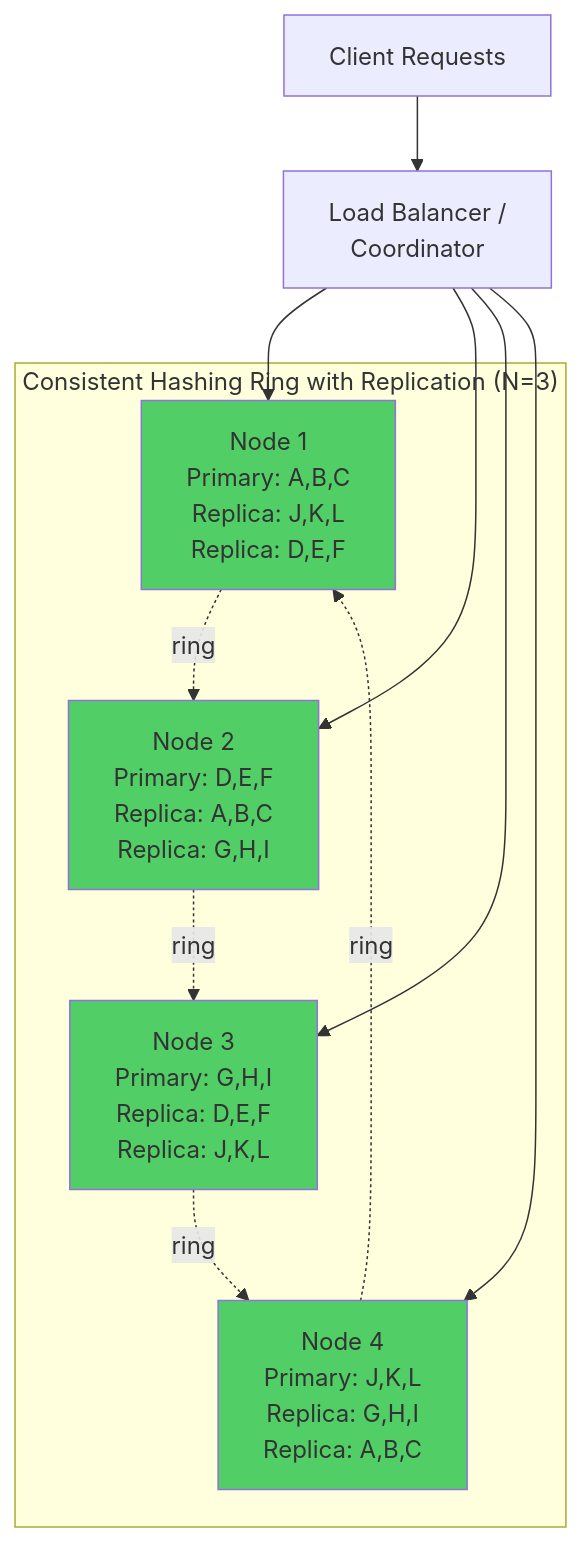
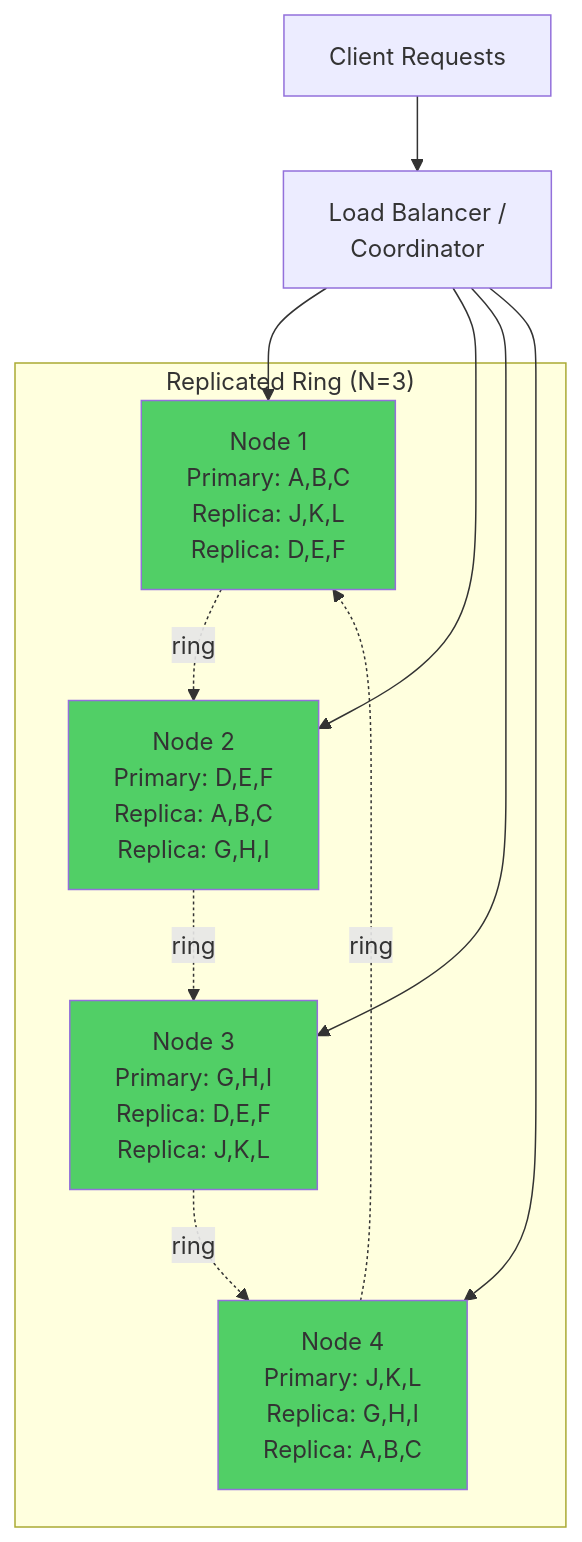
One commit to jellis206/cs-diagrams changed the third of 16 diagrams in reliable_systems.md. Above: the diagram before and after it, drawn with Mermaid. The commit also changed other lines of this file, not shown here.

````diff
--- a/reliable_systems.md
+++ b/reliable_systems.md
@@ -128,28 +128,28 @@
 ```mermaid
 graph TB
     Client[Client Requests]
     LB[Load Balancer /<br/>Coordinator]
 
-    subgraph "Consistent Hashing Ring with Replication (N=3)"
+    subgraph ReplicatedRing["Replicated Ring (N=3)"]
         N1[Node 1<br/>Primary: A,B,C<br/>Replica: J,K,L<br/>Replica: D,E,F]
         N2[Node 2<br/>Primary: D,E,F<br/>Replica: A,B,C<br/>Replica: G,H,I]
         N3[Node 3<br/>Primary: G,H,I<br/>Replica: D,E,F<br/>Replica: J,K,L]
         N4[Node 4<br/>Primary: J,K,L<br/>Replica: G,H,I<br/>Replica: A,B,C]
 
         N1 -.->|ring| N2
         N2 -.->|ring| N3
         N3 -.->|ring| N4
         N4 -.->|ring| N1
     end
 
     Client --> LB
     LB --> N1
     LB --> N2
     LB --> N3
     LB --> N4
 
     style N1 fill:#51cf66
     style N2 fill:#51cf66
     style N3 fill:#51cf66
     style N4 fill:#51cf66
 ```
````
